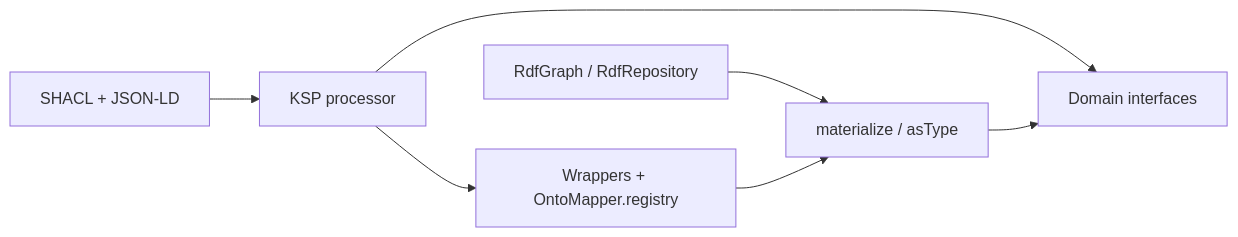
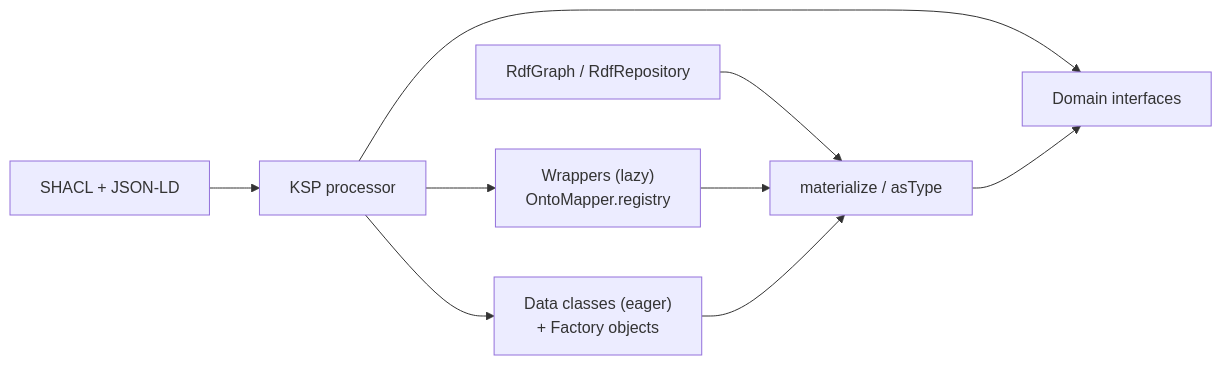
Before and after one commit to geoknoesis/kastor: the diagram in docs/kastor-gen/README.md, drawn with Mermaid. The commit also changed other lines of this file and 3 other files, not shown here.

````diff
--- a/docs/kastor-gen/README.md
+++ b/docs/kastor-gen/README.md
@@ -54,9 +54,11 @@
 ```mermaid
 flowchart LR
   Ontology["SHACL + JSON-LD"] --> KSP["KSP processor"]
   KSP --> Dom["Domain interfaces"]
-  KSP --> Wrap["Wrappers + OntoMapper.registry"]
+  KSP --> Wrap["Wrappers (lazy)\nOntoMapper.registry"]
+  KSP --> DC["Data classes (eager)\n+ Factory objects"]
   Graph["RdfGraph / RdfRepository"] --> Mat["materialize / asType"]
   Wrap --> Mat
+  DC --> Mat
   Mat --> Dom
 ```
````
